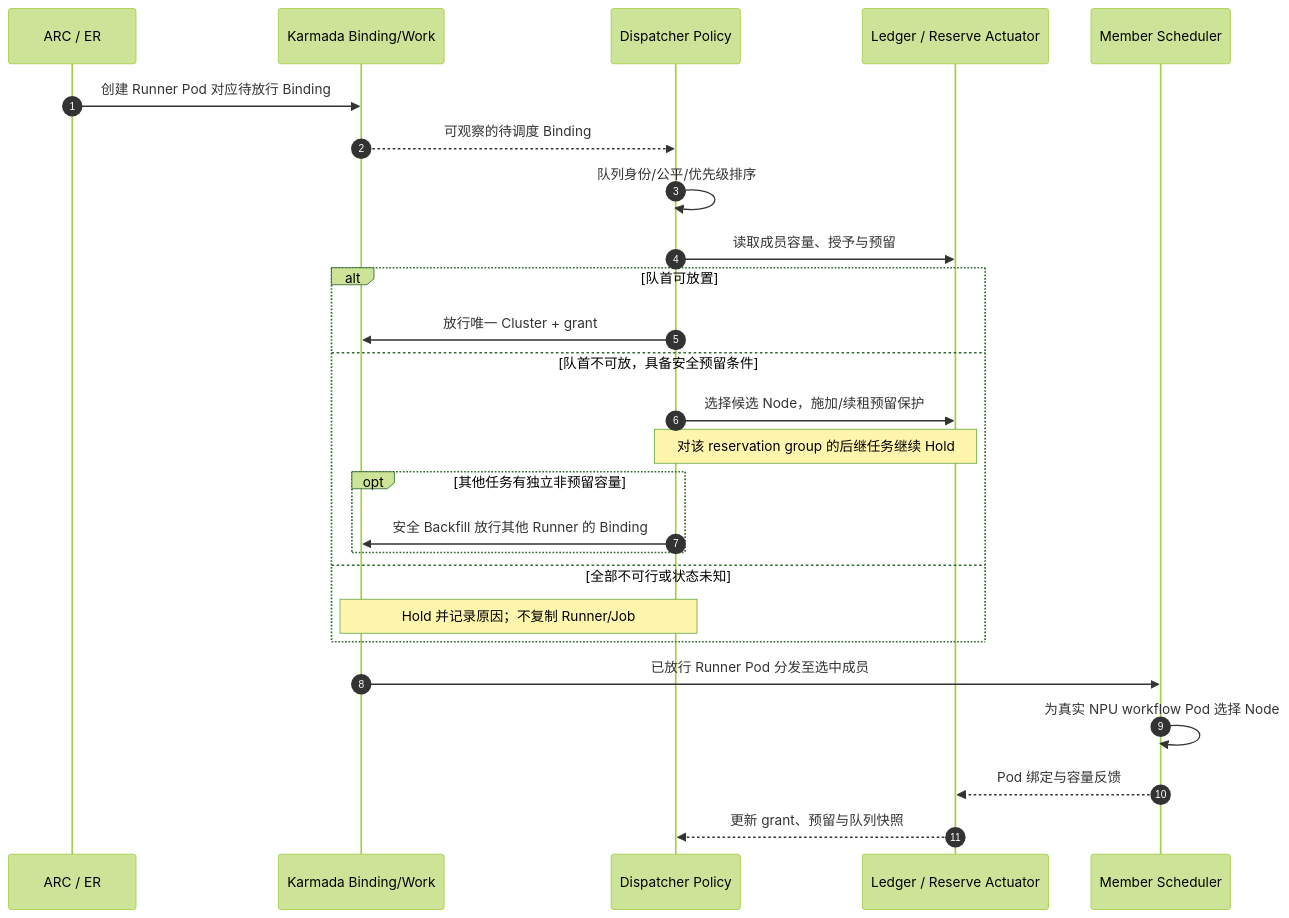
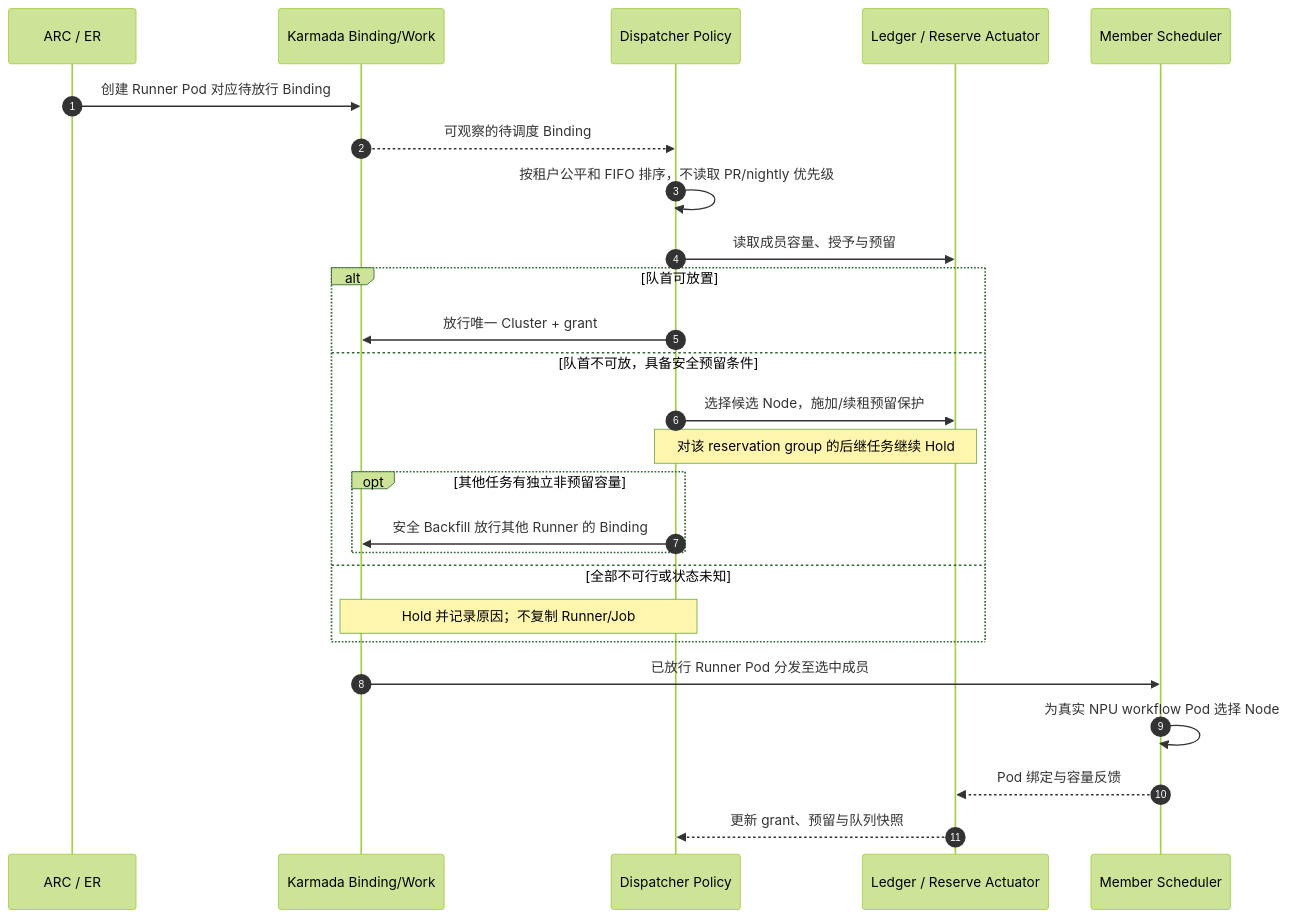
The fourth of 15 diagrams in docs/ASCEND-CI-FEDERATED-CLUSTER-FUNCTIONAL-DESIGN.md (pkking/arc-karmada-test), drawn with Mermaid (forest theme) before and after one commit. The commit also changed other lines of this file, not shown here.

First line of the commit message:
docs: 将 PR/nightly 成员优先级交由 Volcano PriorityClass

````diff
--- a/docs/ASCEND-CI-FEDERATED-CLUSTER-FUNCTIONAL-DESIGN.md
+++ b/docs/ASCEND-CI-FEDERATED-CLUSTER-FUNCTIONAL-DESIGN.md
@@ -625,28 +625,28 @@
 ```mermaid
 sequenceDiagram
     autonumber
     participant ARC as ARC / ER
     participant K as Karmada Binding/Work
     participant D as Dispatcher Policy
     participant L as Ledger / Reserve Actuator
     participant M as Member Scheduler
     ARC->>K: 创建 Runner Pod 对应待放行 Binding
     K-->>D: 可观察的待调度 Binding
-    D->>D: 队列身份/公平/优先级排序
+    D->>D: 按租户公平和 FIFO 排序，不读取 PR/nightly 优先级
     D->>L: 读取成员容量、授予与预留
     alt 队首可放置
         D->>K: 放行唯一 Cluster + grant
     else 队首不可放，具备安全预留条件
         D->>L: 选择候选 Node，施加/续租预留保护
         Note over D,L: 对该 reservation group 的后继任务继续 Hold
         opt 其他任务有独立非预留容量
             D->>K: 安全 Backfill 放行其他 Runner 的 Binding
         end
     else 全部不可行或状态未知
         Note over D,K: Hold 并记录原因；不复制 Runner/Job
     end
     K->>M: 已放行 Runner Pod 分发至选中成员
     M->>M: 为真实 NPU workflow Pod 选择 Node
     M-->>L: Pod 绑定与容量反馈
     L-->>D: 更新 grant、预留与队列快照
 ```
````
